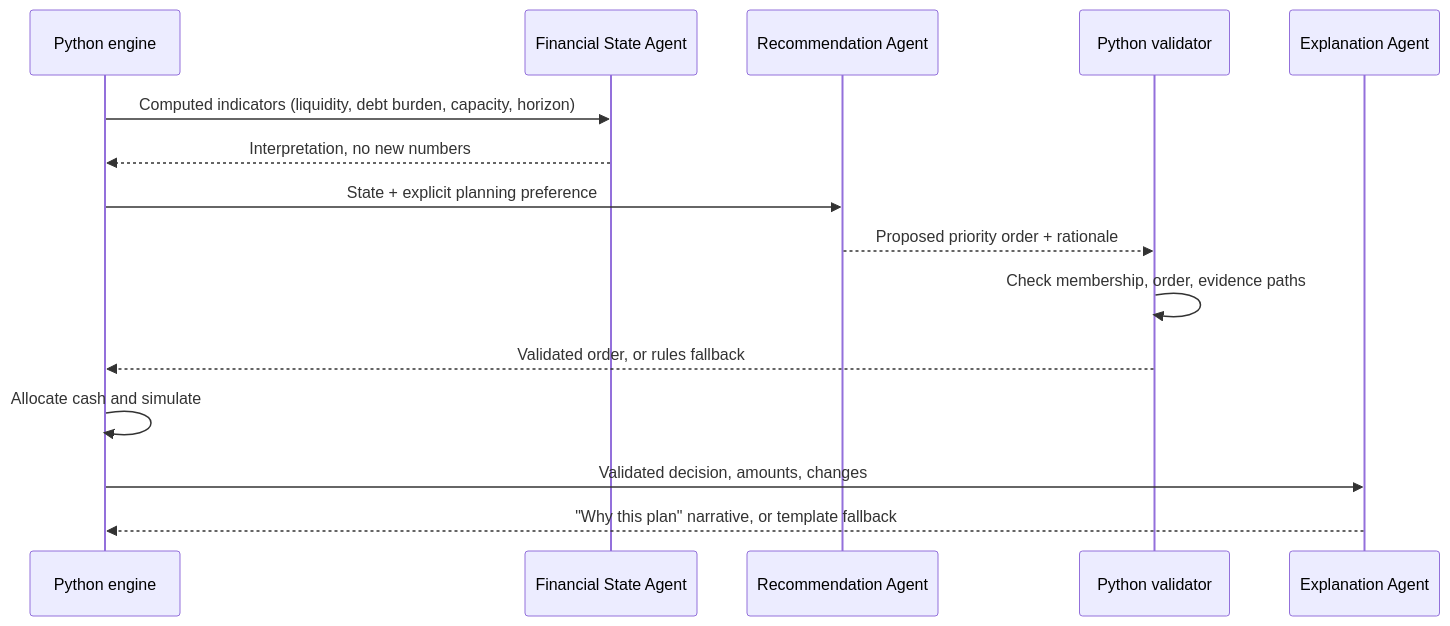
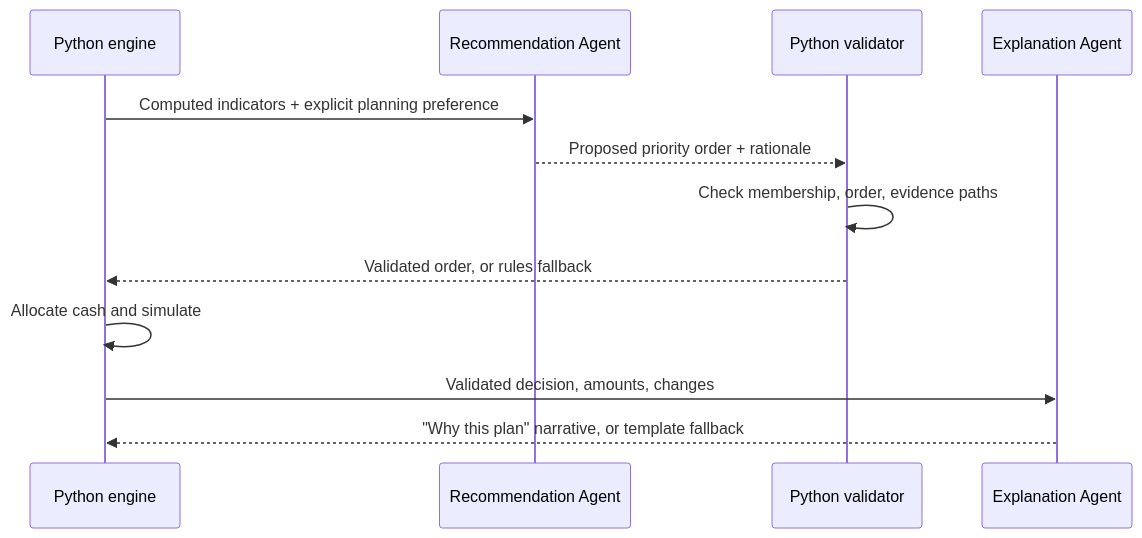
The fourth of 4 diagrams in README.md (TheCoderrrrr/HackUMBC), drawn with Mermaid before and after one commit. The commit also changed other lines of this file, not shown here.

Commit message:
Update README for two-agent plan and tenth artifact

````diff
--- a/README.md
+++ b/README.md
@@ -239,18 +232,15 @@
 ```mermaid
 sequenceDiagram
     participant P as Python engine
-    participant S as Financial State Agent
     participant R as Recommendation Agent
     participant V as Python validator
     participant E as Explanation Agent
 
-    P->>S: Computed indicators (liquidity, debt burden, capacity, horizon)
-    S-->>P: Interpretation, no new numbers
-    P->>R: State + explicit planning preference
+    P->>R: Computed indicators + explicit planning preference
     R-->>V: Proposed priority order + rationale
     V->>V: Check membership, order, evidence paths
     V-->>P: Validated order, or rules fallback
     P->>P: Allocate cash and simulate
     P->>E: Validated decision, amounts, changes
     E-->>P: "Why this plan" narrative, or template fallback
 ```
````
